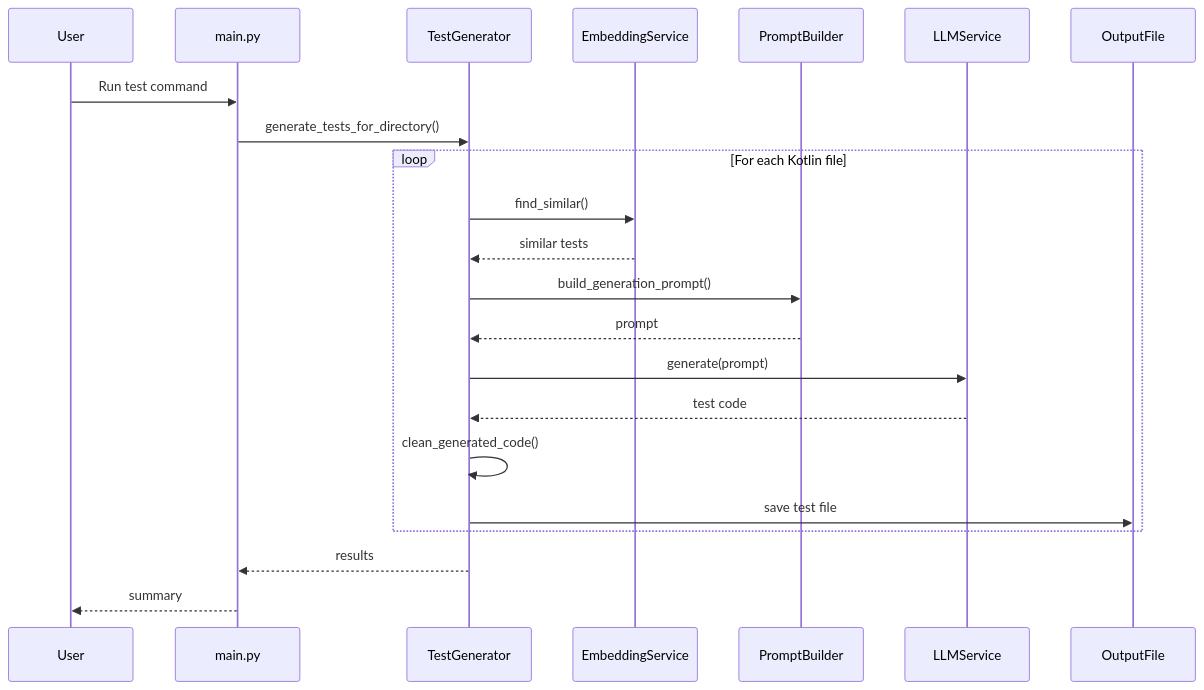
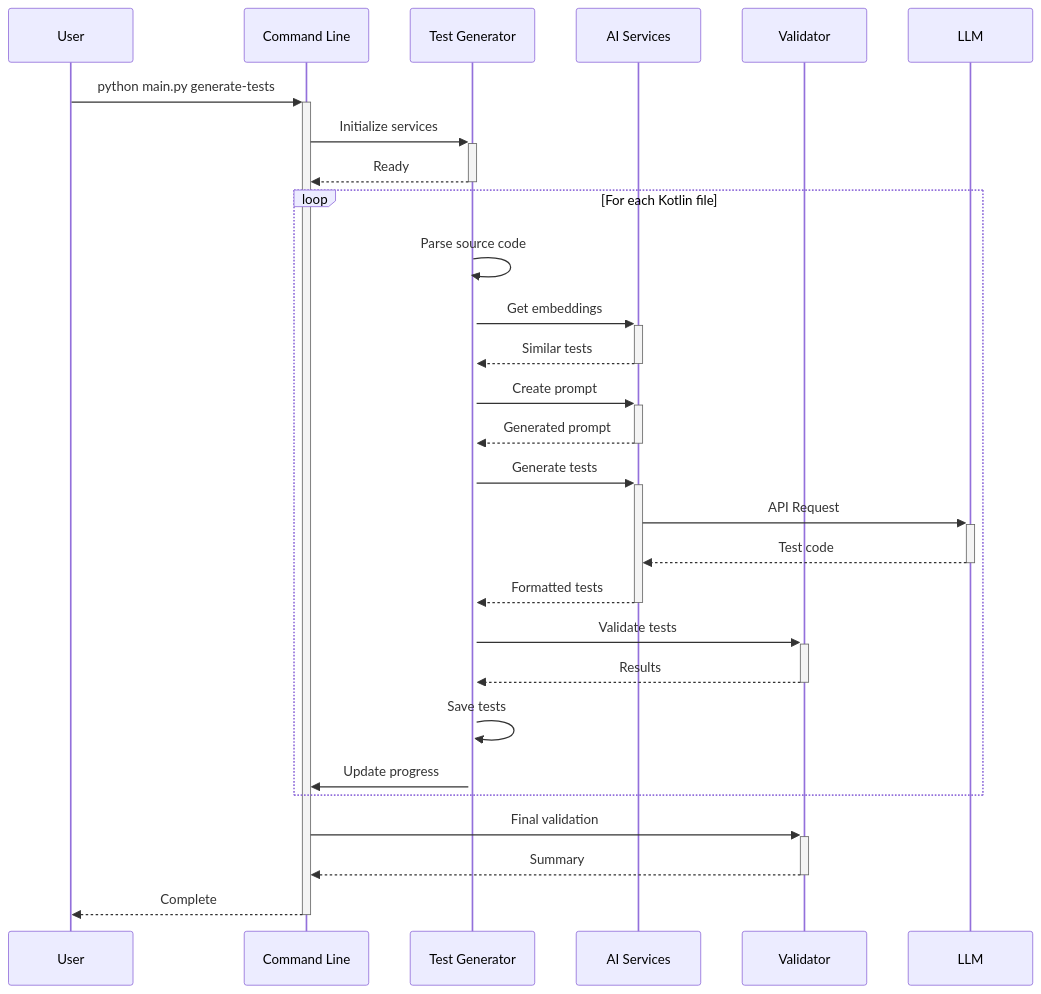
Before and after one commit to adityakamath-90/DevTools: the third of 5 diagrams in docs/DIAGRAMS.md, drawn with Mermaid. The commit also changed other lines of this file and 7 other files, not shown here.

````diff
--- a/docs/DIAGRAMS.md
+++ b/docs/DIAGRAMS.md
@@ -34,25 +75,37 @@
 ```mermaid
 sequenceDiagram
     participant User
-    participant CLI as main.py
-    participant TestGen as TestGenerator
-    participant Embed as EmbeddingService
-    participant Prompt as PromptBuilder
-    participant LLM as LLMService
-    participant File as OutputFile
-
-    User->>CLI: Run test command
-    CLI->>TestGen: generate_tests_for_directory()
+    participant CLI as Command Line
+    participant Core as Test Generator
+    participant AI as AI Services
+    participant Val as Validator
+    
+    User->>+CLI: python main.py generate-tests
+    
+    CLI->>+Core: Initialize services
+    Core-->>-CLI: Ready
+    
     loop For each Kotlin file
-        TestGen->>Embed: find_similar()
-        Embed-->>TestGen: similar tests
-        TestGen->>Prompt: build_generation_prompt()
-        Prompt-->>TestGen: prompt
-        TestGen->>LLM: generate(prompt)
-        LLM-->>TestGen: test code
-        TestGen->>TestGen: clean_generated_code()
-        TestGen->>File: save test file
+        Core->>+Core: Parse source code
+        Core->>+AI: Get embeddings
+        AI-->>-Core: Similar tests
+        
+        Core->>+AI: Create prompt
+        AI-->>-Core: Generated prompt
+        
+        Core->>+AI: Generate tests
+        AI->>+LLM: API Request
+        LLM-->>-AI: Test code
+        AI-->>-Core: Formatted tests
+        
+        Core->>+Val: Validate tests
+        Val-->>-Core: Results
+        
+        Core->>Core: Save tests
+        Core->>CLI: Update progress
     end
-    TestGen-->>CLI: results
-    CLI-->>User: summary
+    
+    CLI->>+Val: Final validation
+    Val-->>-CLI: Summary
+    CLI-->>-User: Complete
 ```
````
